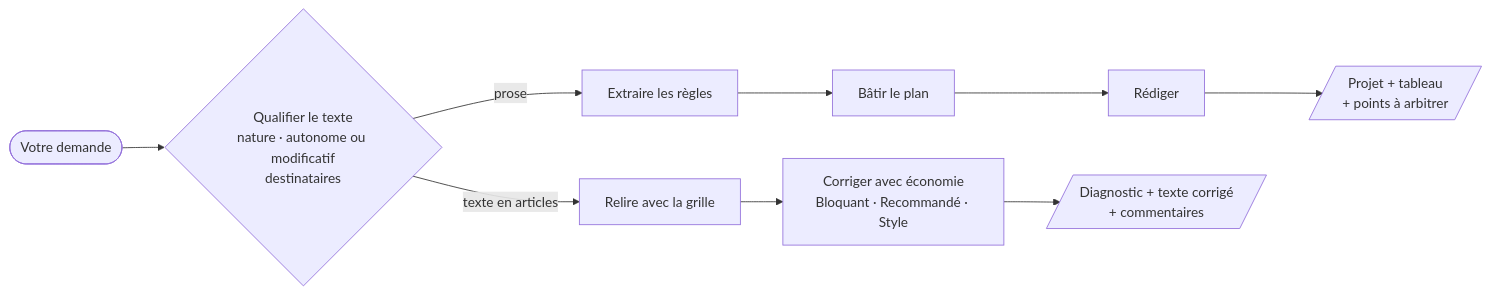
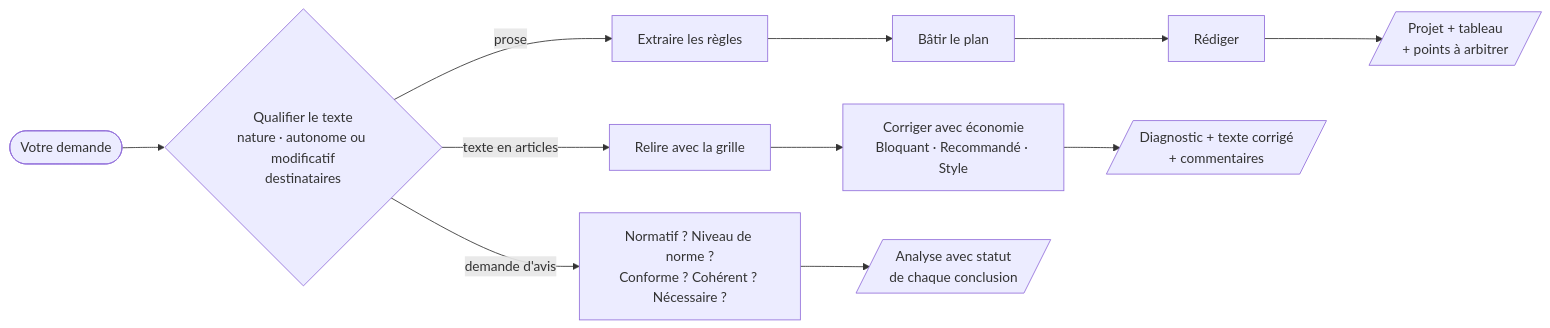
Before and after one commit to kilianvivien/skill-legistique-fr: the diagram in README.md, drawn with Mermaid. The commit also changed other lines of this file and 6 other files, not shown here.

First line of the commit message:
Fonction C : analyse d'un texte normatif (0.5.0)

````diff
--- a/README.md
+++ b/README.md
@@ -346,11 +371,13 @@
 ```mermaid
 flowchart LR
     U([Votre demande]) --> Q{Qualifier le texte<br/>nature · autonome ou modificatif<br/>destinataires}
     Q -->|prose| A1[Extraire les règles]
     A1 --> A2[Bâtir le plan]
     A2 --> A3[Rédiger]
     A3 --> A4[/Projet + tableau<br/>+ points à arbitrer/]
     Q -->|texte en articles| B1[Relire avec la grille]
     B1 --> B2[Corriger avec économie<br/>Bloquant · Recommandé · Style]
     B2 --> B3[/Diagnostic + texte corrigé<br/>+ commentaires/]
+    Q -->|demande d'avis| C1[Normatif ? Niveau de norme ?<br/>Conforme ? Cohérent ? Nécessaire ?]
+    C1 --> C2[/Analyse avec statut<br/>de chaque conclusion/]
 ```
````
